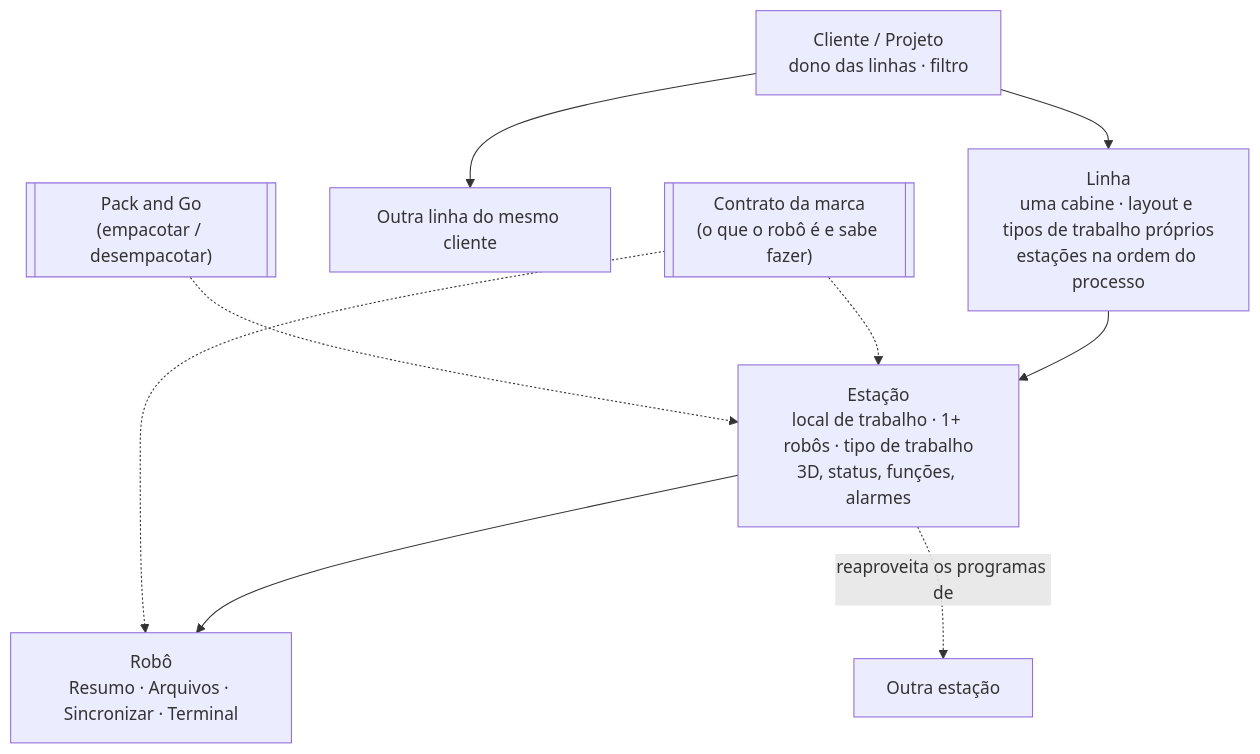
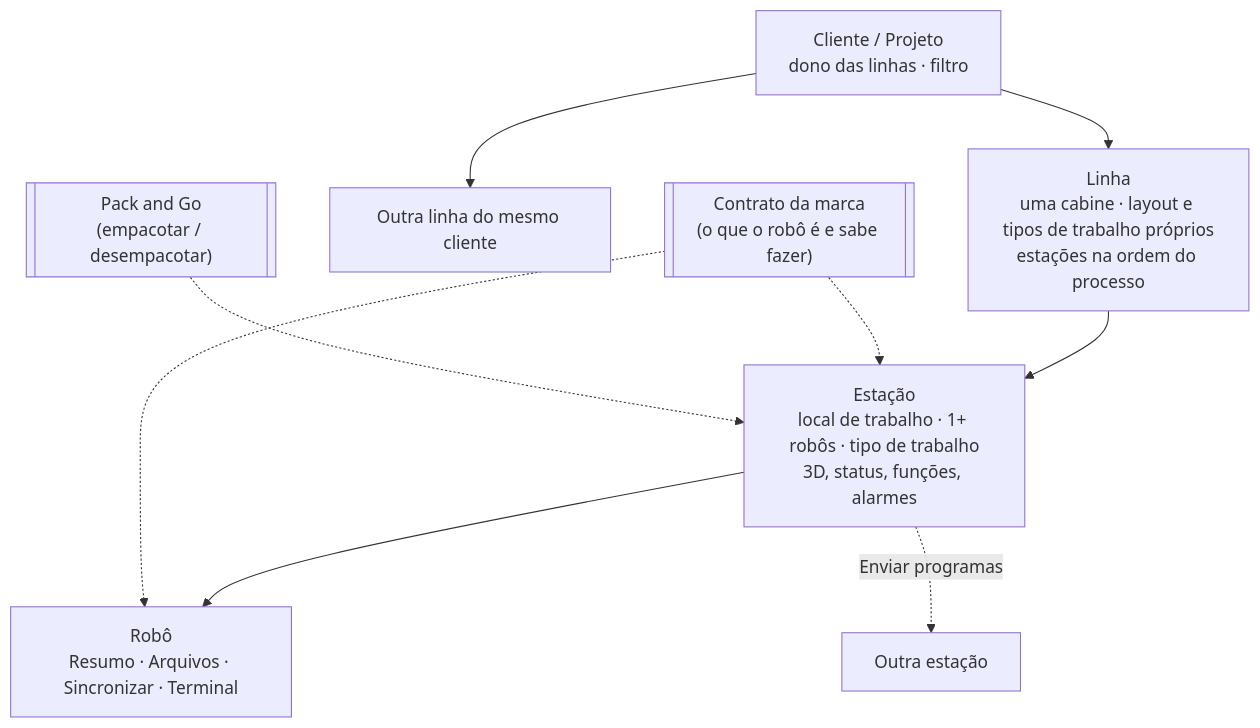
Before and after one commit to sirlucaslopes/MyRobots: the first of 4 diagrams in docs/PLANO_MESTRE.md, drawn with Mermaid. The commit also changed other lines of this file and 1 other file, not shown here.

````diff
--- a/docs/PLANO_MESTRE.md
+++ b/docs/PLANO_MESTRE.md
@@ -19,10 +20,10 @@
 ```mermaid
 flowchart TD
     C["Cliente / Projeto<br/>dono das linhas · filtro"] --> L["Linha<br/>uma cabine · layout e tipos de trabalho próprios<br/>estações na ordem do processo"]
     C --> L2["Outra linha do mesmo cliente"]
     L --> E["Estação<br/>local de trabalho · 1+ robôs · tipo de trabalho<br/>3D, status, funções, alarmes"]
     E --> R["Robô<br/>Resumo · Arquivos · Sincronizar · Terminal"]
-    E -. "reaproveita os programas de" .-> E2["Outra estação"]
+    E -. "Enviar programas" .-> E2["Outra estação"]
     CT[["Contrato da marca<br/>(o que o robô é e sabe fazer)"]] -.-> E & R
     PG[["Pack and Go<br/>(empacotar / desempacotar)"]] -.-> E
 ```
````
